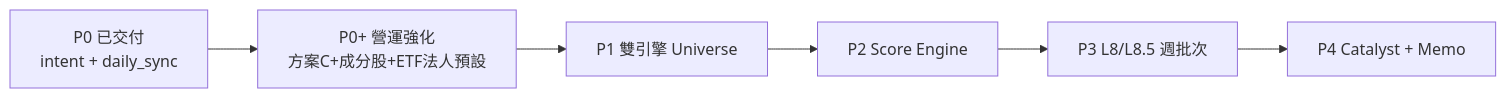
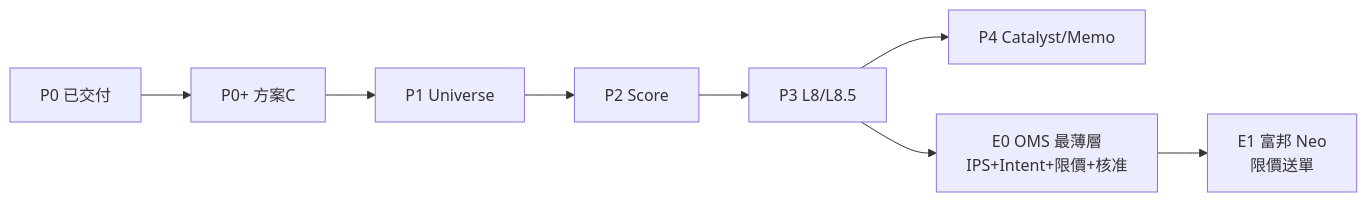
Before and after one commit to goldenyears168-lab/etfstrategy: the fifth of 5 diagrams in docs/PRD.md, drawn with Mermaid. The commit also changed other lines of this file and 126 other files, not shown here.

````diff
--- a/docs/PRD.md
+++ b/docs/PRD.md
@@ -564,8 +630,10 @@
 ```mermaid
 flowchart LR
-  P0["P0 已交付<br/>intent + daily_sync"] --> P0p["P0+ 營運強化<br/>方案C+成分股+ETF法人預設"]
-  P0p --> P1["P1 雙引擎 Universe"]
-  P1 --> P2["P2 Score Engine"]
-  P2 --> P3["P3 L8/L8.5 週批次"]
-  P3 --> P4["P4 Catalyst + Memo"]
+  P0["P0 已交付"] --> P0p["P0+ 方案C"]
+  P0p --> P1["P1 Universe"]
+  P1 --> P2["P2 Score"]
+  P2 --> P3["P3 L8/L8.5"]
+  P3 --> P4["P4 Catalyst/Memo"]
+  P3 --> E0["E0 OMS 最薄層<br/>IPS+Intent+限價+核准"]
+  E0 --> E1["E1 富邦 Neo<br/>限價送單"]
 ```
````
